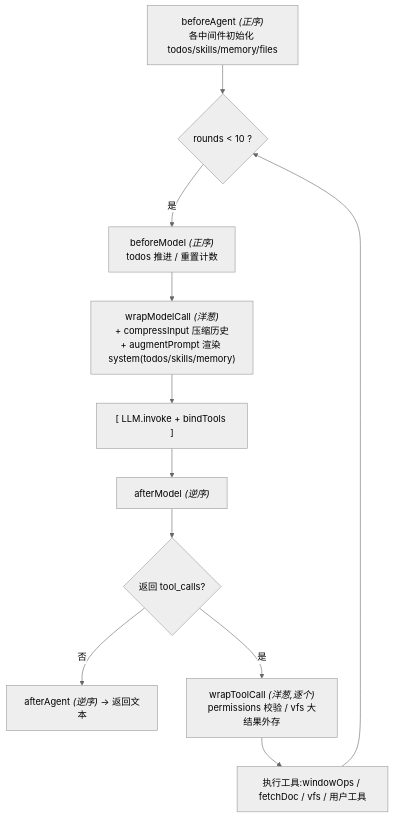
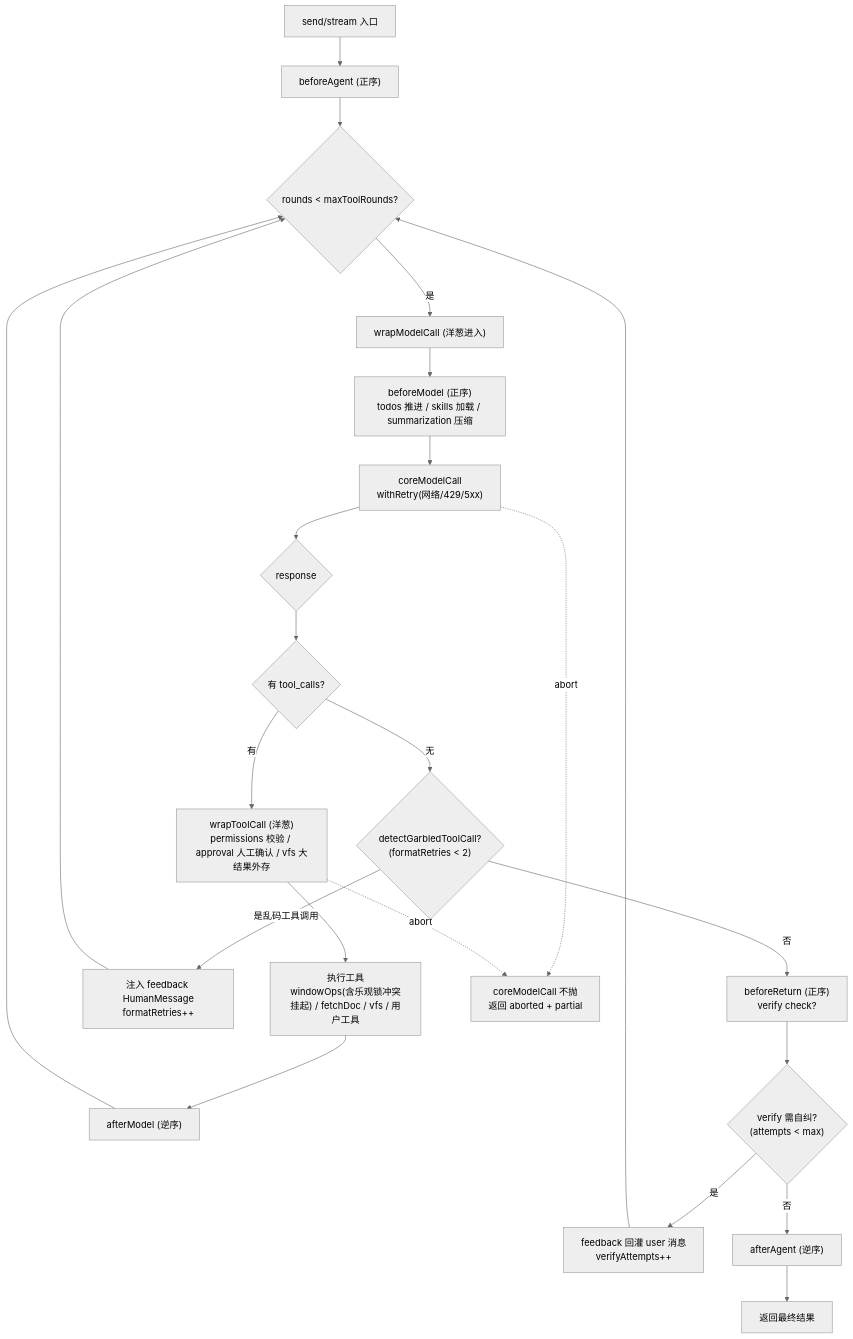
One commit to whyymj/chat-sdk changed the third of 6 diagrams in doc/architecture.md. Above: the diagram before and after it, drawn with Mermaid (neutral theme). The commit also changed other lines of this file and 22 other files, not shown here.

````diff
--- a/doc/architecture.md
+++ b/doc/architecture.md
@@ -47,13 +82,25 @@
 ```mermaid
 flowchart TD
-  BA["beforeAgent <i>(正序)</i><br/>各中间件初始化 todos/skills/memory/files"] --> Loop{"rounds < 10 ?"}
-  Loop -->|是| BM["beforeModel <i>(正序)</i><br/>todos 推进 / 重置计数"]
-  BM --> WM["wrapModelCall <i>(洋葱)</i><br/>+ compressInput 压缩历史<br/>+ augmentPrompt 渲染 system(todos/skills/memory)"]
-  WM --> LLM["[ LLM.invoke + bindTools ]"]
-  LLM --> AM["afterModel <i>(逆序)</i>"]
-  AM --> TC{"返回 tool_calls?"}
-  TC -->|否| AA["afterAgent <i>(逆序)</i> → 返回文本"]
-  TC -->|是| WT["wrapToolCall <i>(洋葱,逐个)</i><br/>permissions 校验 / vfs 大结果外存"]
-  WT --> EXEC["执行工具:windowOps / fetchDoc / vfs / 用户工具"]
-  EXEC --> Loop
+  S["send/stream 入口"] --> B0["beforeAgent (正序)"]
+  B0 --> LOOP{"rounds < maxToolRounds?"}
+  LOOP -->|是| W0["wrapModelCall (洋葱进入)"]
+  W0 --> BF["beforeModel (正序)<br/>todos 推进 / skills 加载 / summarization 压缩"]
+  BF --> MC["coreModelCall<br/>withRetry(网络/429/5xx)"]
+  MC --> RESP{response}
+  RESP --> TC{有 tool_calls?}
+  TC -->|有| WT["wrapToolCall (洋葱)<br/>permissions 校验 / approval 人工确认 / vfs 大结果外存"]
+  WT --> EX["执行工具<br/>windowOps(含乐观锁冲突挂起) / fetchDoc / vfs / 用户工具"]
+  EX --> AM["afterModel (逆序)"]
+  AM --> LOOP
+  TC -->|无| FG{"detectGarbledToolCall?<br/>(formatRetries < 2)"}
+  FG -->|是乱码工具调用| FB["注入 feedback HumanMessage<br/>formatRetries++"]
+  FB --> LOOP
+  FG -->|否| BR["beforeReturn (正序)<br/>verify check?"]
+  BR --> VR{"verify 需自纠?<br/>(attempts < max)"}
+  VR -->|是| VF["feedback 回灌 user 消息<br/>verifyAttempts++"]
+  VF --> LOOP
+  VR -->|否| AR["afterAgent (逆序)"]
+  AR --> RT["返回最终结果"]
+  MC -.abort.-> EXA["coreModelCall 不抛<br/>返回 aborted + partial"]
+  WT -.abort.-> EXA
 ```
````
